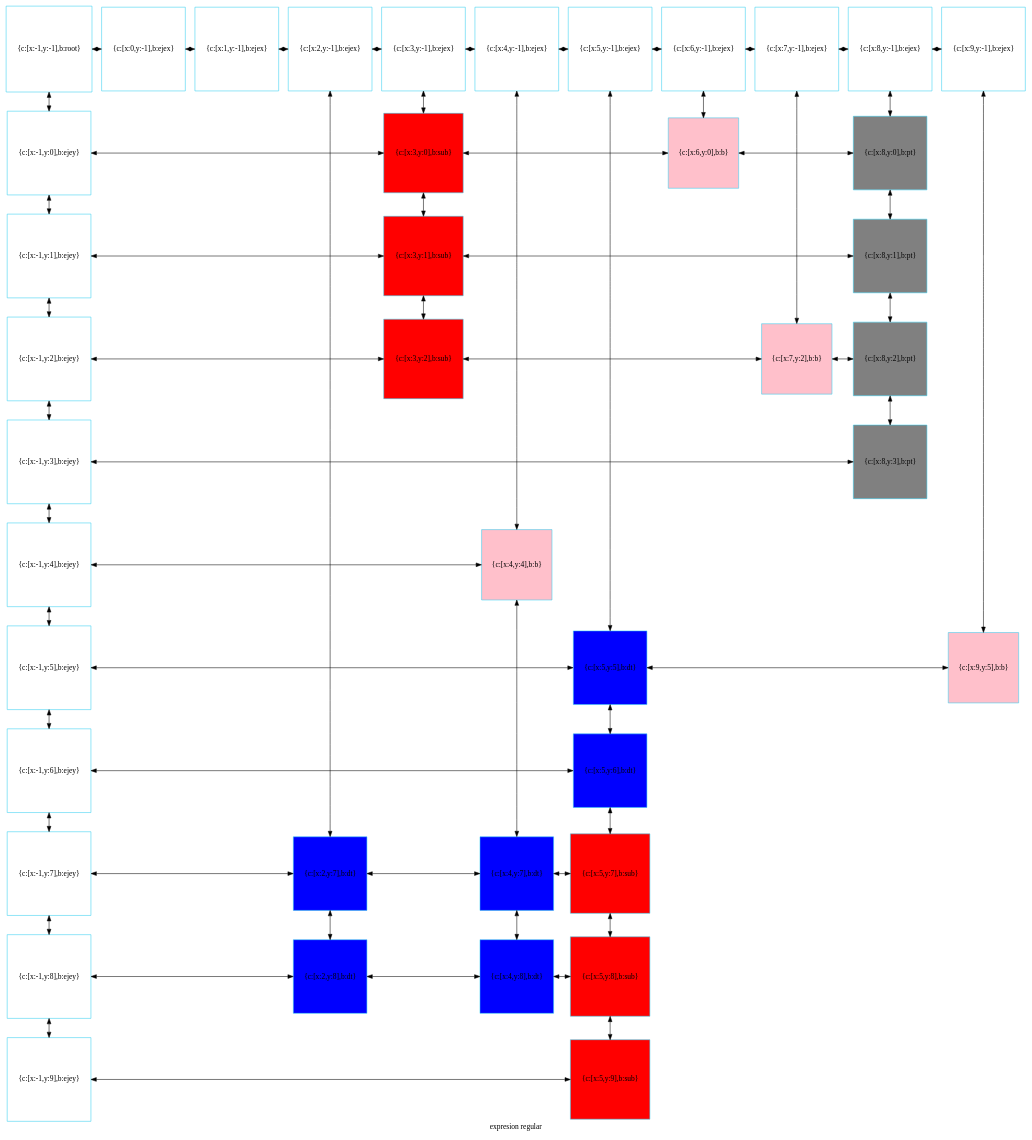
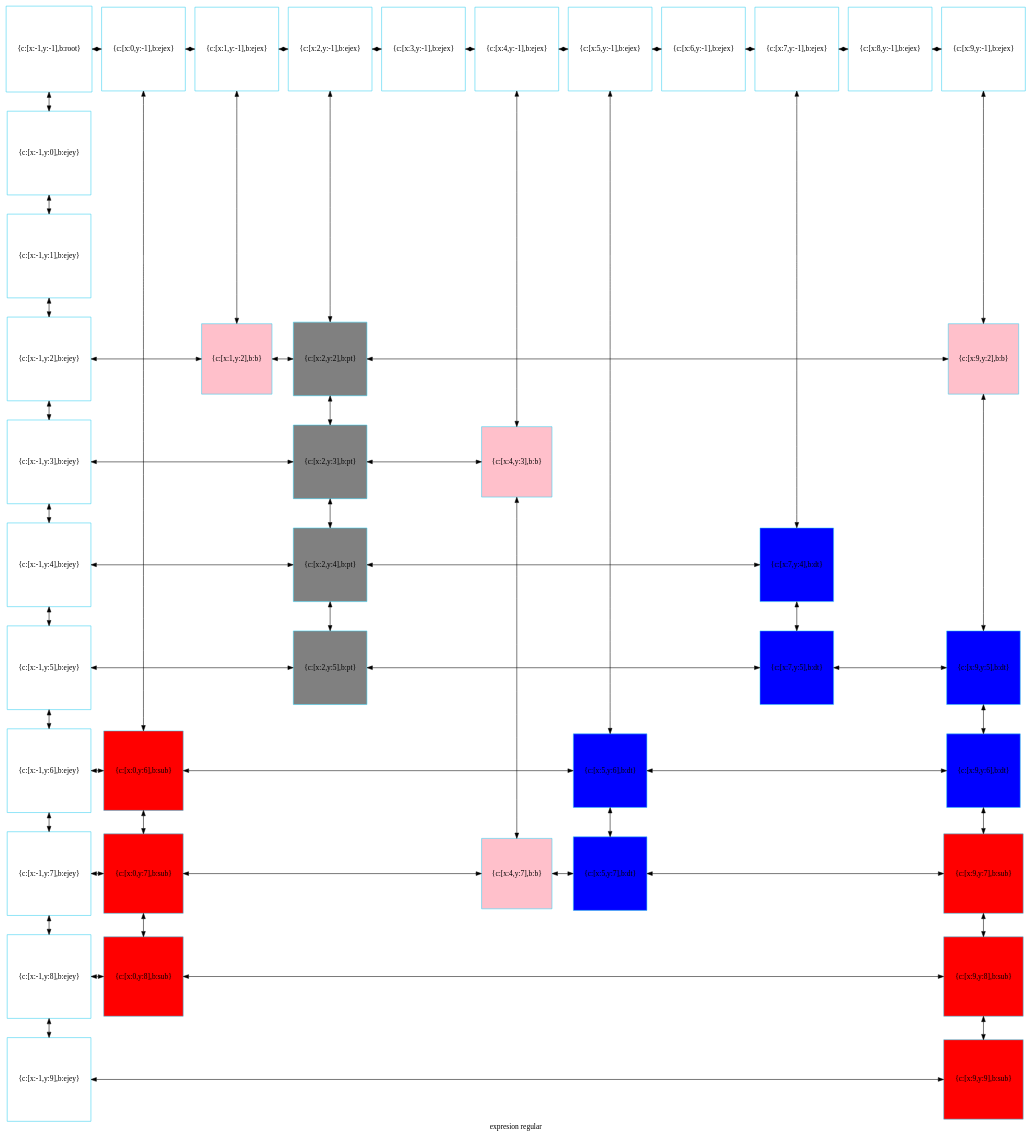
One commit to betebetoven/EDDS2F2 changed the diagram in mitablero.dot. Above: the diagram before and after it, drawn with Graphviz. The commit also changed 7 other files, not shown here.

```diff
--- a/mitablero.dot
+++ b/mitablero.dot
@@ -1,121 +1,121 @@
 digraph G
 {label="expresion regular"
         node[shape = square]
         node[style = filled]
         node[fillcolor = "#EEEEE"]
         node[color = "#EEEEE"]
         node[color = "#31CEF0"]
 
-2386161830832[label="{c:[x:-1,y:-1],b:root}",fillcolor = "white"]
-2386161830976[label="{c:[x:0,y:-1],b:ejex}",fillcolor = "white"]
-2386161831120[label="{c:[x:1,y:-1],b:ejex}",fillcolor = "white"]
-2386161831264[label="{c:[x:2,y:-1],b:ejex}",fillcolor = "white"]
-2386161831408[label="{c:[x:3,y:-1],b:ejex}",fillcolor = "white"]
-2386161831552[label="{c:[x:4,y:-1],b:ejex}",fillcolor = "white"]
-2386161831696[label="{c:[x:5,y:-1],b:ejex}",fillcolor = "white"]
-2386161831840[label="{c:[x:6,y:-1],b:ejex}",fillcolor = "white"]
-2386161831984[label="{c:[x:7,y:-1],b:ejex}",fillcolor = "white"]
-2386161832128[label="{c:[x:8,y:-1],b:ejex}",fillcolor = "white"]
-2386161832272[label="{c:[x:9,y:-1],b:ejex}",fillcolor = "white"]
-2386161832416[label="{c:[x:-1,y:0],b:ejey}",fillcolor = "white"]
-2386161835344[label="{c:[x:3,y:0],b:sub}",fillcolor = "red"]
-2386161840096[label="{c:[x:6,y:0],b:b}",fillcolor = "pink"]
-2386161834000[label="{c:[x:8,y:0],b:pt}",fillcolor = "gray"]
-2386161832560[label="{c:[x:-1,y:1],b:ejey}",fillcolor = "white"]
-2386161835680[label="{c:[x:3,y:1],b:sub}",fillcolor = "red"]
-2386161834336[label="{c:[x:8,y:1],b:pt}",fillcolor = "gray"]
-2386161832704[label="{c:[x:-1,y:2],b:ejey}",fillcolor = "white"]
-2386161836016[label="{c:[x:3,y:2],b:sub}",fillcolor = "red"]
-2386161840048[label="{c:[x:7,y:2],b:b}",fillcolor = "pink"]
-2386161834672[label="{c:[x:8,y:2],b:pt}",fillcolor = "gray"]
-2386161832848[label="{c:[x:-1,y:3],b:ejey}",fillcolor = "white"]
-2386161835008[label="{c:[x:8,y:3],b:pt}",fillcolor = "gray"]
-2386161832992[label="{c:[x:-1,y:4],b:ejey}",fillcolor = "white"]
-2386161839376[label="{c:[x:4,y:4],b:b}",fillcolor = "pink"]
-2386161833136[label="{c:[x:-1,y:5],b:ejey}",fillcolor = "white"]
-2386161838032[label="{c:[x:5,y:5],b:dt}",fillcolor = "blue"]
-2386161839424[label="{c:[x:9,y:5],b:b}",fillcolor = "pink"]
-2386161833280[label="{c:[x:-1,y:6],b:ejey}",fillcolor = "white"]
-2386161838368[label="{c:[x:5,y:6],b:dt}",fillcolor = "blue"]
-2386161833424[label="{c:[x:-1,y:7],b:ejey}",fillcolor = "white"]
-2386161838704[label="{c:[x:2,y:7],b:dt}",fillcolor = "blue"]
-2386161837360[label="{c:[x:4,y:7],b:dt}",fillcolor = "blue"]
-2386161836352[label="{c:[x:5,y:7],b:sub}",fillcolor = "red"]
-2386161833568[label="{c:[x:-1,y:8],b:ejey}",fillcolor = "white"]
-2386161839040[label="{c:[x:2,y:8],b:dt}",fillcolor = "blue"]
-2386161837696[label="{c:[x:4,y:8],b:dt}",fillcolor = "blue"]
-2386161836688[label="{c:[x:5,y:8],b:sub}",fillcolor = "red"]
-2386161833712[label="{c:[x:-1,y:9],b:ejey}",fillcolor = "white"]
-2386161837024[label="{c:[x:5,y:9],b:sub}",fillcolor = "red"]
-2386161830832->2386161832416[dir = both];
-2386161832416->2386161832560[dir = both];
-2386161832560->2386161832704[dir = both];
-2386161832704->2386161832848[dir = both];
-2386161832848->2386161832992[dir = both];
-2386161832992->2386161833136[dir = both];
-2386161833136->2386161833280[dir = both];
-2386161833280->2386161833424[dir = both];
-2386161833424->2386161833568[dir = both];
-2386161833568->2386161833712[dir = both];
-2386161831264->2386161838704[dir = both];
-2386161838704->2386161839040[dir = both];
-2386161831408->2386161835344[dir = both];
-2386161835344->2386161835680[dir = both];
-2386161835680->2386161836016[dir = both];
-2386161831552->2386161839376[dir = both];
-2386161839376->2386161837360[dir = both];
-2386161837360->2386161837696[dir = both];
-2386161831696->2386161838032[dir = both];
-2386161838032->2386161838368[dir = both];
-2386161838368->2386161836352[dir = both];
-2386161836352->2386161836688[dir = both];
-2386161836688->2386161837024[dir = both];
-2386161831840->2386161840096[dir = both];
-2386161831984->2386161840048[dir = both];
-2386161832128->2386161834000[dir = both];
-2386161834000->2386161834336[dir = both];
-2386161834336->2386161834672[dir = both];
-2386161834672->2386161835008[dir = both];
-2386161832272->2386161839424[dir = both];
-2386161830832->2386161830976[dir = both];
-2386161830976->2386161831120[dir = both];
-2386161831120->2386161831264[dir = both];
-2386161831264->2386161831408[dir = both];
-2386161831408->2386161831552[dir = both];
-2386161831552->2386161831696[dir = both];
-2386161831696->2386161831840[dir = both];
-2386161831840->2386161831984[dir = both];
-2386161831984->2386161832128[dir = both];
-2386161832128->2386161832272[dir = both];
-2386161832416->2386161835344[constraint=false,dir = both];
-2386161835344->2386161840096[constraint=false,dir = both];
-2386161840096->2386161834000[constraint=false,dir = both];
-2386161832560->2386161835680[constraint=false,dir = both];
-2386161835680->2386161834336[constraint=false,dir = both];
-2386161832704->2386161836016[constraint=false,dir = both];
-2386161836016->2386161840048[constraint=false,dir = both];
-2386161840048->2386161834672[constraint=false,dir = both];
-2386161832848->2386161835008[constraint=false,dir = both];
-2386161832992->2386161839376[constraint=false,dir = both];
-2386161833136->2386161838032[constraint=false,dir = both];
-2386161838032->2386161839424[constraint=false,dir = both];
-2386161833280->2386161838368[constraint=false,dir = both];
-2386161833424->2386161838704[constraint=false,dir = both];
-2386161838704->2386161837360[constraint=false,dir = both];
-2386161837360->2386161836352[constraint=false,dir = both];
-2386161833568->2386161839040[constraint=false,dir = both];
-2386161839040->2386161837696[constraint=false,dir = both];
-2386161837696->2386161836688[constraint=false,dir = both];
-2386161833712->2386161837024[constraint=false,dir = both];
- {rank=same; 2386161830832;2386161830976;2386161831120;2386161831264;2386161831408;2386161831552;2386161831696;2386161831840;2386161831984;2386161832128;2386161832272;}
- {rank=same; 2386161832416;2386161835344;2386161840096;2386161834000;}
- {rank=same; 2386161832560;2386161835680;2386161834336;}
- {rank=same; 2386161832704;2386161836016;2386161840048;2386161834672;}
- {rank=same; 2386161832848;2386161835008;}
- {rank=same; 2386161832992;2386161839376;}
- {rank=same; 2386161833136;2386161838032;2386161839424;}
- {rank=same; 2386161833280;2386161838368;}
- {rank=same; 2386161833424;2386161838704;2386161837360;2386161836352;}
- {rank=same; 2386161833568;2386161839040;2386161837696;2386161836688;}
- {rank=same; 2386161833712;2386161837024;}
+2084962328848[label="{c:[x:-1,y:-1],b:root}",fillcolor = "white"]
+2084962328992[label="{c:[x:0,y:-1],b:ejex}",fillcolor = "white"]
+2084962329136[label="{c:[x:1,y:-1],b:ejex}",fillcolor = "white"]
+2084962329280[label="{c:[x:2,y:-1],b:ejex}",fillcolor = "white"]
+2084962329424[label="{c:[x:3,y:-1],b:ejex}",fillcolor = "white"]
+2084962329568[label="{c:[x:4,y:-1],b:ejex}",fillcolor = "white"]
+2084962329712[label="{c:[x:5,y:-1],b:ejex}",fillcolor = "white"]
+2084962329856[label="{c:[x:6,y:-1],b:ejex}",fillcolor = "white"]
+2084962330000[label="{c:[x:7,y:-1],b:ejex}",fillcolor = "white"]
+2084962330144[label="{c:[x:8,y:-1],b:ejex}",fillcolor = "white"]
+2084962330288[label="{c:[x:9,y:-1],b:ejex}",fillcolor = "white"]
+2084962330432[label="{c:[x:-1,y:0],b:ejey}",fillcolor = "white"]
+2084962330576[label="{c:[x:-1,y:1],b:ejey}",fillcolor = "white"]
+2084962330720[label="{c:[x:-1,y:2],b:ejey}",fillcolor = "white"]
+2084962386944[label="{c:[x:1,y:2],b:b}",fillcolor = "pink"]
+2084962332016[label="{c:[x:2,y:2],b:pt}",fillcolor = "gray"]
+2084962387280[label="{c:[x:9,y:2],b:b}",fillcolor = "pink"]
+2084962330864[label="{c:[x:-1,y:3],b:ejey}",fillcolor = "white"]
+2084962332352[label="{c:[x:2,y:3],b:pt}",fillcolor = "gray"]
+2084962387616[label="{c:[x:4,y:3],b:b}",fillcolor = "pink"]
+2084962331008[label="{c:[x:-1,y:4],b:ejey}",fillcolor = "white"]
+2084962332688[label="{c:[x:2,y:4],b:pt}",fillcolor = "gray"]
+2084962336720[label="{c:[x:7,y:4],b:dt}",fillcolor = "blue"]
+2084962331152[label="{c:[x:-1,y:5],b:ejey}",fillcolor = "white"]
+2084962333024[label="{c:[x:2,y:5],b:pt}",fillcolor = "gray"]
+2084962386272[label="{c:[x:7,y:5],b:dt}",fillcolor = "blue"]
+2084962335376[label="{c:[x:9,y:5],b:dt}",fillcolor = "blue"]
+2084962331296[label="{c:[x:-1,y:6],b:ejey}",fillcolor = "white"]
+2084962334368[label="{c:[x:0,y:6],b:sub}",fillcolor = "red"]
+2084962336048[label="{c:[x:5,y:6],b:dt}",fillcolor = "blue"]
+2084962335712[label="{c:[x:9,y:6],b:dt}",fillcolor = "blue"]
+2084962331440[label="{c:[x:-1,y:7],b:ejey}",fillcolor = "white"]
+2084962334704[label="{c:[x:0,y:7],b:sub}",fillcolor = "red"]
+2084962386608[label="{c:[x:4,y:7],b:b}",fillcolor = "pink"]
+2084962336384[label="{c:[x:5,y:7],b:dt}",fillcolor = "blue"]
+2084962333600[label="{c:[x:9,y:7],b:sub}",fillcolor = "red"]
+2084962331584[label="{c:[x:-1,y:8],b:ejey}",fillcolor = "white"]
+2084962335040[label="{c:[x:0,y:8],b:sub}",fillcolor = "red"]
+2084962333456[label="{c:[x:9,y:8],b:sub}",fillcolor = "red"]
+2084962331728[label="{c:[x:-1,y:9],b:ejey}",fillcolor = "white"]
+2084962334032[label="{c:[x:9,y:9],b:sub}",fillcolor = "red"]
+2084962328848->2084962330432[dir = both];
+2084962330432->2084962330576[dir = both];
+2084962330576->2084962330720[dir = both];
+2084962330720->2084962330864[dir = both];
+2084962330864->2084962331008[dir = both];
+2084962331008->2084962331152[dir = both];
+2084962331152->2084962331296[dir = both];
+2084962331296->2084962331440[dir = both];
+2084962331440->2084962331584[dir = both];
+2084962331584->2084962331728[dir = both];
+2084962328992->2084962334368[dir = both];
+2084962334368->2084962334704[dir = both];
+2084962334704->2084962335040[dir = both];
+2084962329136->2084962386944[dir = both];
+2084962329280->2084962332016[dir = both];
+2084962332016->2084962332352[dir = both];
+2084962332352->2084962332688[dir = both];
+2084962332688->2084962333024[dir = both];
+2084962329568->2084962387616[dir = both];
+2084962387616->2084962386608[dir = both];
+2084962329712->2084962336048[dir = both];
+2084962336048->2084962336384[dir = both];
+2084962330000->2084962336720[dir = both];
+2084962336720->2084962386272[dir = both];
+2084962330288->2084962387280[dir = both];
+2084962387280->2084962335376[dir = both];
+2084962335376->2084962335712[dir = both];
+2084962335712->2084962333600[dir = both];
+2084962333600->2084962333456[dir = both];
+2084962333456->2084962334032[dir = both];
+2084962328848->2084962328992[dir = both];
+2084962328992->2084962329136[dir = both];
+2084962329136->2084962329280[dir = both];
+2084962329280->2084962329424[dir = both];
+2084962329424->2084962329568[dir = both];
+2084962329568->2084962329712[dir = both];
+2084962329712->2084962329856[dir = both];
+2084962329856->2084962330000[dir = both];
+2084962330000->2084962330144[dir = both];
+2084962330144->2084962330288[dir = both];
+2084962330720->2084962386944[constraint=false,dir = both];
+2084962386944->2084962332016[constraint=false,dir = both];
+2084962332016->2084962387280[constraint=false,dir = both];
+2084962330864->2084962332352[constraint=false,dir = both];
+2084962332352->2084962387616[constraint=false,dir = both];
+2084962331008->2084962332688[constraint=false,dir = both];
+2084962332688->2084962336720[constraint=false,dir = both];
+2084962331152->2084962333024[constraint=false,dir = both];
+2084962333024->2084962386272[constraint=false,dir = both];
+2084962386272->2084962335376[constraint=false,dir = both];
+2084962331296->2084962334368[constraint=false,dir = both];
+2084962334368->2084962336048[constraint=false,dir = both];
+2084962336048->2084962335712[constraint=false,dir = both];
+2084962331440->2084962334704[constraint=false,dir = both];
+2084962334704->2084962386608[constraint=false,dir = both];
+2084962386608->2084962336384[constraint=false,dir = both];
+2084962336384->2084962333600[constraint=false,dir = both];
+2084962331584->2084962335040[constraint=false,dir = both];
+2084962335040->2084962333456[constraint=false,dir = both];
+2084962331728->2084962334032[constraint=false,dir = both];
+ {rank=same; 2084962328848;2084962328992;2084962329136;2084962329280;2084962329424;2084962329568;2084962329712;2084962329856;2084962330000;2084962330144;2084962330288;}
+ {rank=same; 2084962330432;}
+ {rank=same; 2084962330576;}
+ {rank=same; 2084962330720;2084962386944;2084962332016;2084962387280;}
+ {rank=same; 2084962330864;2084962332352;2084962387616;}
+ {rank=same; 2084962331008;2084962332688;2084962336720;}
+ {rank=same; 2084962331152;2084962333024;2084962386272;2084962335376;}
+ {rank=same; 2084962331296;2084962334368;2084962336048;2084962335712;}
+ {rank=same; 2084962331440;2084962334704;2084962386608;2084962336384;2084962333600;}
+ {rank=same; 2084962331584;2084962335040;2084962333456;}
+ {rank=same; 2084962331728;2084962334032;}
 }
```
